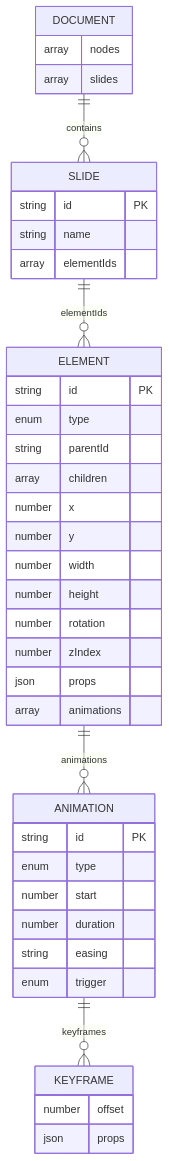
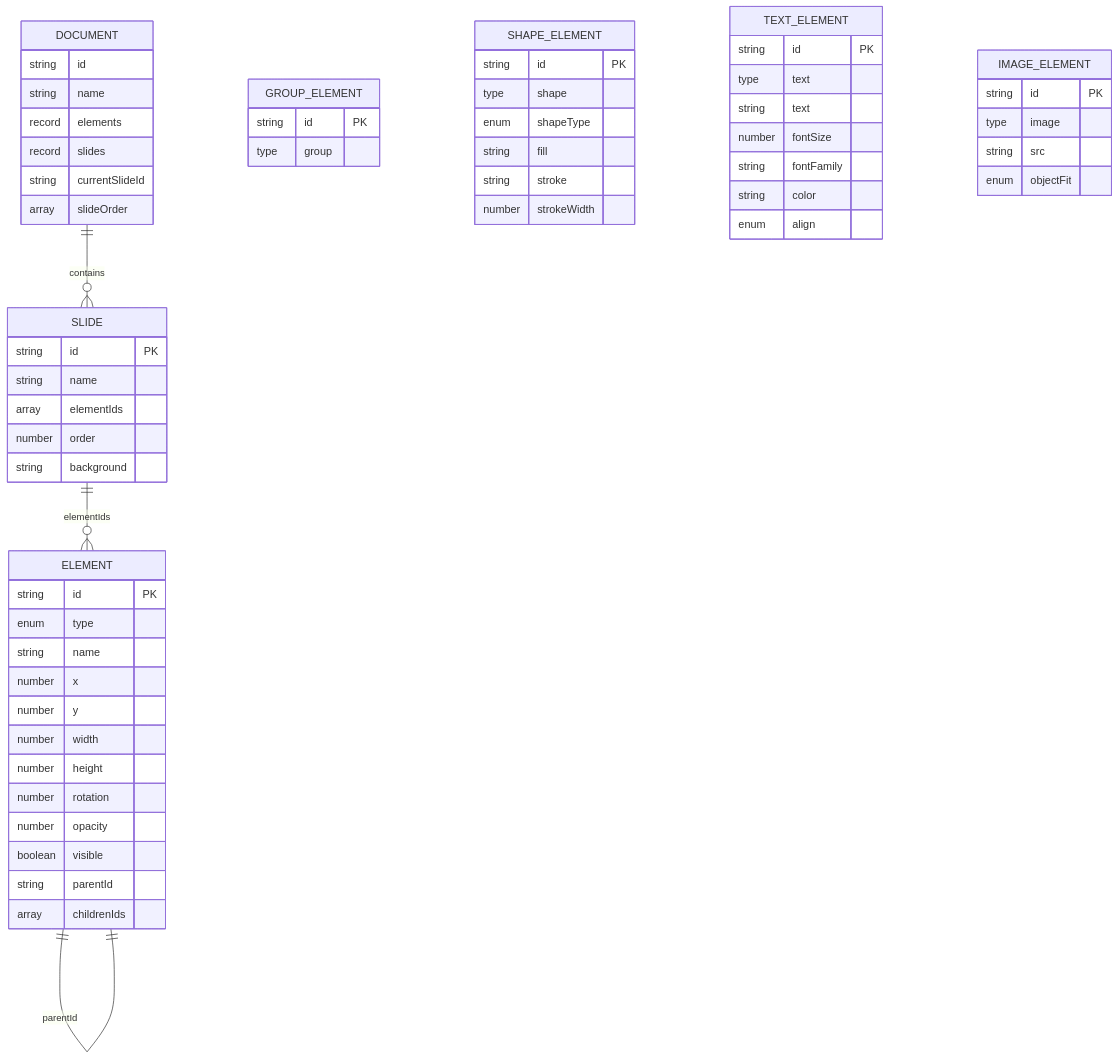
One commit to Anna0314zy/ai_editor_enginer changed the fourth of 12 diagrams in .qoder/repowiki/en/content/Core Engine System/Core Engine System.md. Above: the diagram before and after it, drawn with Mermaid. The commit also changed other lines of this file and 41 other files, not shown here.

````diff
--- a/.qoder/repowiki/en/content/Core Engine System/Core Engine System.md
+++ b/.qoder/repowiki/en/content/Core Engine System/Core Engine System.md
@@ -182,42 +218,63 @@
 ```mermaid
 erDiagram
 DOCUMENT {
-array nodes
-array slides
+string id
+string name
+record elements
+record slides
+string currentSlideId
+array slideOrder
 }
 SLIDE {
 string id PK
 string name
 array elementIds
+number order
+string background
 }
 ELEMENT {
 string id PK
 enum type
-string parentId
-array children
+string name
 number x
 number y
 number width
 number height
 number rotation
-number zIndex
-json props
-array animations
+number opacity
+boolean visible
+string parentId
+array childrenIds
 }
-ANIMATION {
+GROUP_ELEMENT {
 string id PK
-enum type
-number start
-number duration
-string easing
-enum trigger
+type group
 }
-KEYFRAME {
-number offset
-json props
+SHAPE_ELEMENT {
+string id PK
+type shape
+enum shapeType
+string fill
+string stroke
+number strokeWidth
+}
+TEXT_ELEMENT {
+string id PK
+type text
+string text
+number fontSize
+string fontFamily
+string color
+enum align
+}
+IMAGE_ELEMENT {
+string id PK
+type image
+string src
+enum objectFit
 }
 DOCUMENT ||--o{ SLIDE : "contains"
 SLIDE ||--o{ ELEMENT : "elementIds"
-ELEMENT ||--o{ ANIMATION : "animations"
-ANIMATION ||--o{ KEYFRAME : "keyframes"
+ELEMENT ||--o{ ELEMENT : "childrenIds"
+ELEMENT ||--|| ELEMENT : "parentId"
 ```
````
